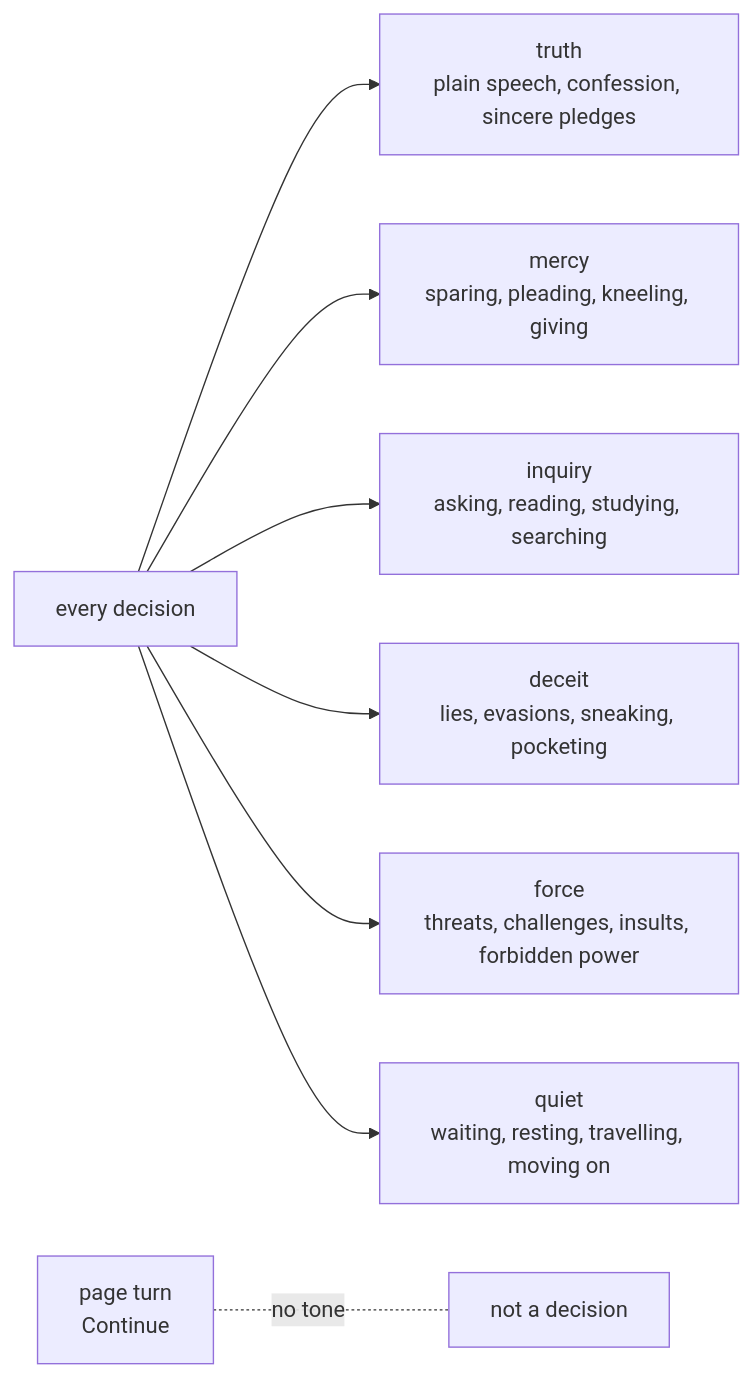
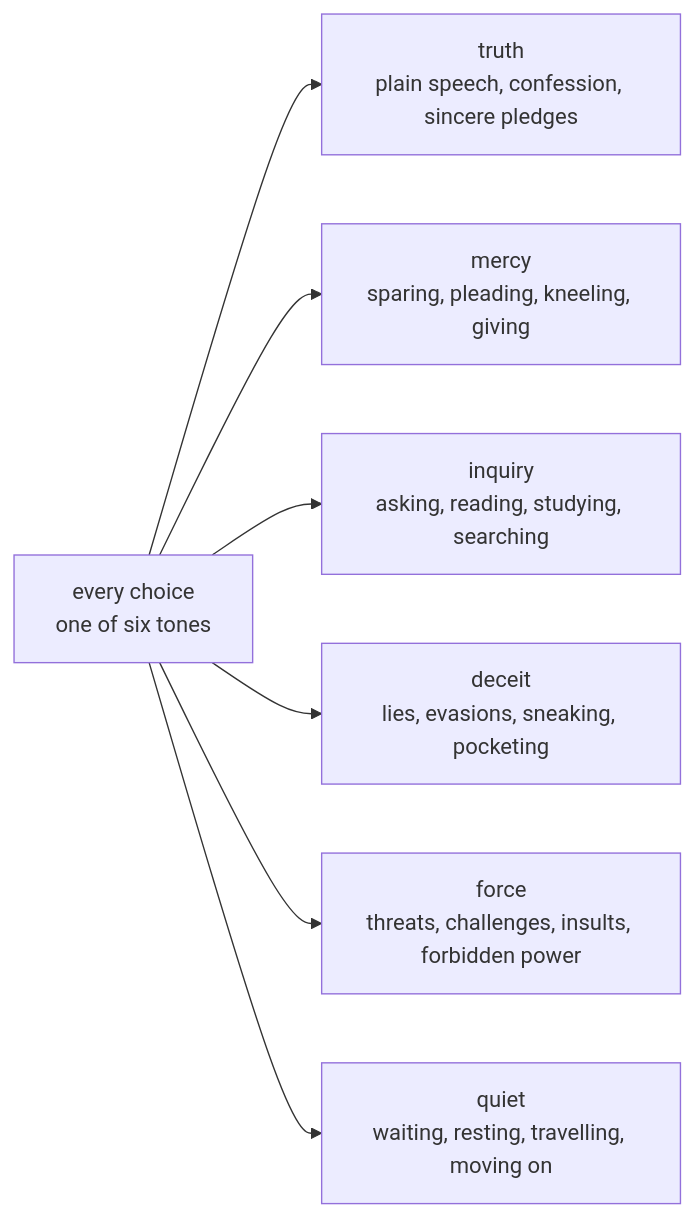
The third of 15 diagrams in docs/ARCHITECTURE.md (jgyy/nextxian), drawn with Mermaid before and after one commit. The commit also changed other lines of this file and 68 other files, not shown here.

````diff
--- a/docs/ARCHITECTURE.md
+++ b/docs/ARCHITECTURE.md
@@ -78,10 +70,9 @@
 ```mermaid
 flowchart LR
-  D[every decision] --> T[truth<br/>plain speech, confession, sincere pledges]
-  D --> M[mercy<br/>sparing, pleading, kneeling, giving]
-  D --> I[inquiry<br/>asking, reading, studying, searching]
-  D --> DE[deceit<br/>lies, evasions, sneaking, pocketing]
-  D --> F[force<br/>threats, challenges, insults, forbidden power]
-  D --> Q[quiet<br/>waiting, resting, travelling, moving on]
-  P[page turn<br/>Continue] -. no tone .- X[not a decision]
+  D["every choice<br/>one of six tones"] --> T["truth<br/>plain speech, confession, sincere pledges"]
+  D --> M["mercy<br/>sparing, pleading, kneeling, giving"]
+  D --> I["inquiry<br/>asking, reading, studying, searching"]
+  D --> DE["deceit<br/>lies, evasions, sneaking, pocketing"]
+  D --> F["force<br/>threats, challenges, insults, forbidden power"]
+  D --> Q["quiet<br/>waiting, resting, travelling, moving on"]
 ```
````
